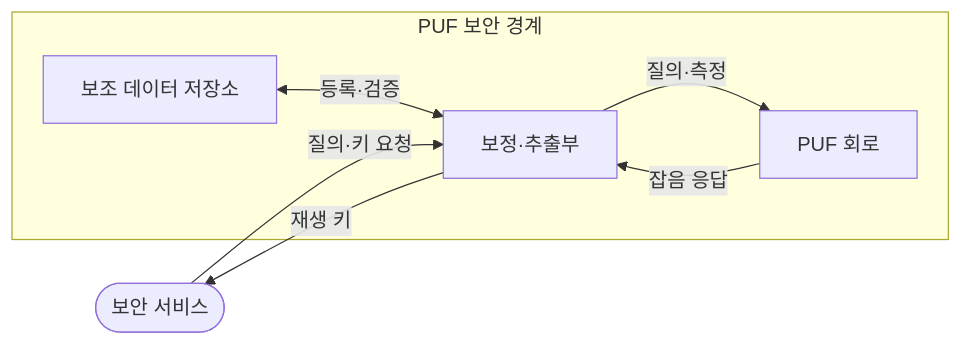
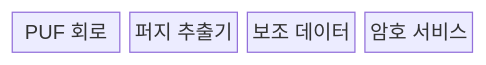
The first of 2 diagrams in src/content/docs/notes/02-hardware/070_physical_unclonable_function.md (agnusdei1207/knowledge-base), drawn with Mermaid before and after one commit. The commit also changed other lines of this file and 20 other files, not shown here.

````diff
--- a/src/content/docs/notes/02-hardware/070_physical_unclonable_function.md
+++ b/src/content/docs/notes/02-hardware/070_physical_unclonable_function.md
@@ -70,14 +68,8 @@
 ```mermaid
-flowchart LR
-    S([보안 서비스])
-    subgraph D["PUF 보안 경계"]
-        P["PUF 회로"]
-        F["보정·추출부"]
-        H["보조 데이터 저장소"]
-        F -->|"질의·측정"| P
-        P -->|"잡음 응답"| F
-        H <-->|"등록·검증"| F
-    end
-    S -->|"질의·키 요청"| F
-    F -->|"재생 키"| S
+block
+  columns 4
+  A["PUF 회로"]
+  B["퍼지 추출기"]
+  C["보조 데이터"]
+  D["암호 서비스"]
 ```
````
